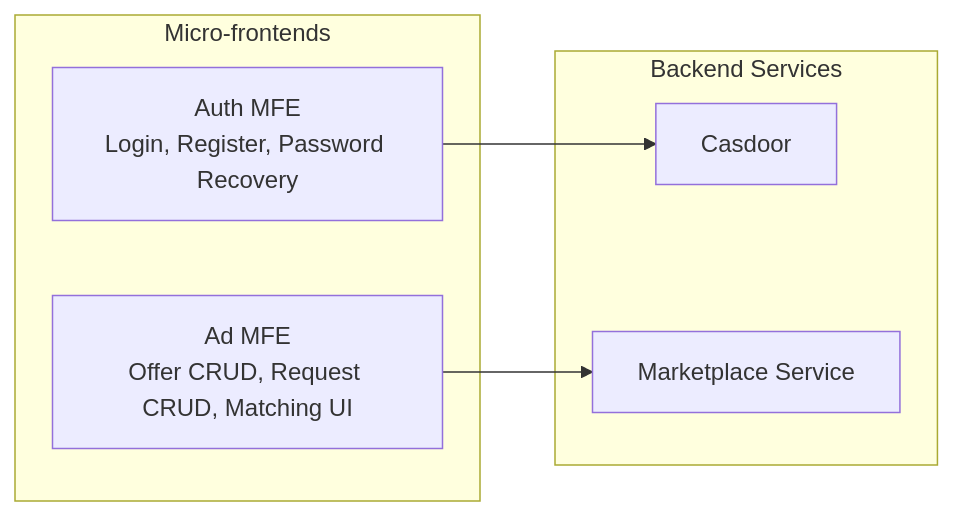
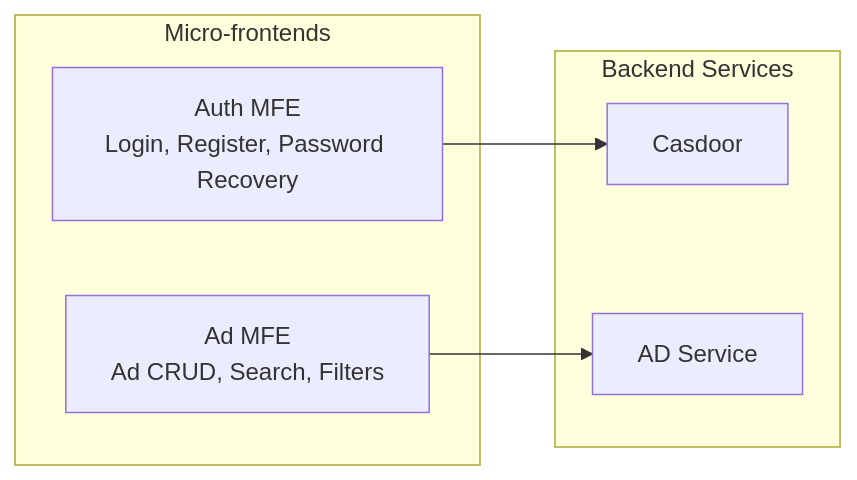
Before and after one commit to otuskotlin/202602-ok-marketplace: the second of 7 diagrams in docs/architecture/c4-3-component.md, drawn with Mermaid. The commit also changed other lines of this file and 6 other files, not shown here.

````diff
--- a/docs/architecture/c4-3-component.md
+++ b/docs/architecture/c4-3-component.md
@@ -40,15 +40,15 @@
 ```mermaid
 graph LR
     subgraph "Micro-frontends"
         AuthMFE["Auth MFE<br/>Login, Register, Password Recovery"]
-        AdMFE["Ad MFE<br/>Offer CRUD, Request CRUD, Matching UI"]
+        AdMFE["Ad MFE<br/>Ad CRUD, Search, Filters"]
     end
     
     subgraph "Backend Services"
         CD["Casdoor"]
-        MS["Marketplace Service"]
+        MS["AD Service"]
     end
     
     AuthMFE --> CD
     AdMFE --> MS
 ```
````
